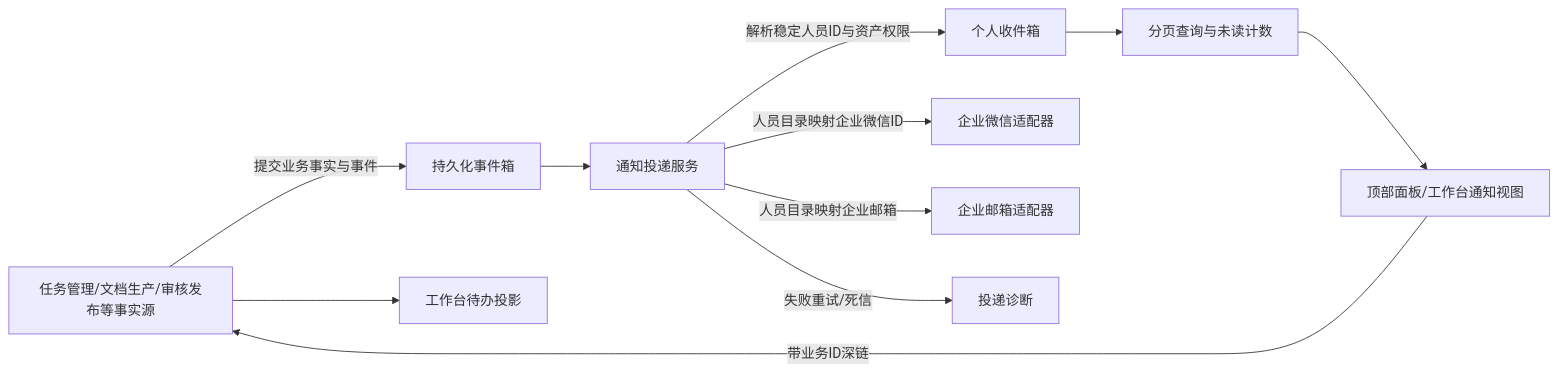
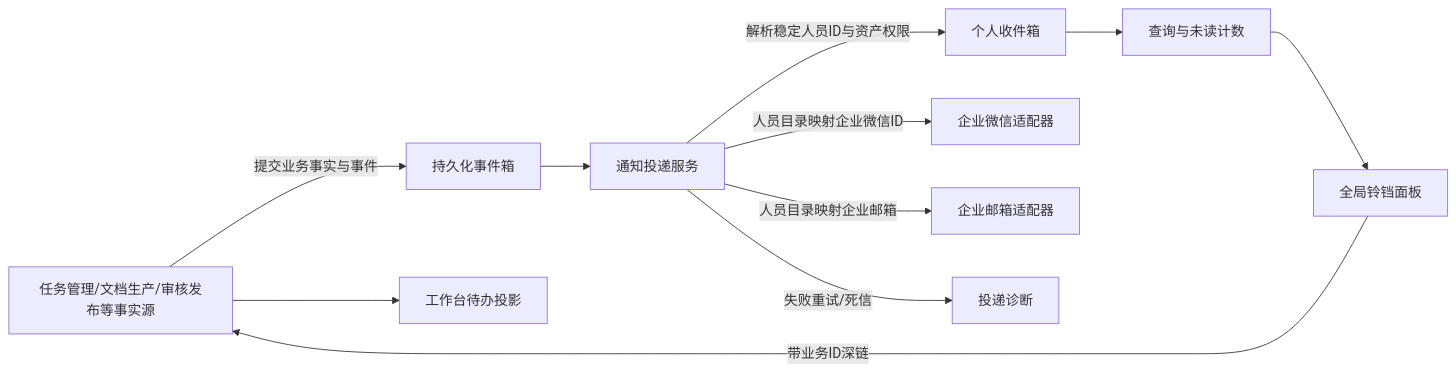
The first of 3 diagrams in .codex/知识中心建设平台/02-概要设计/知识中心-通知中心-业务事件与个人通知-概要设计文档.md (heyyang0210/kb-builder), drawn with Mermaid before and after one commit. The commit also changed other lines of this file and 57 other files, not shown here.

````diff
--- a/.codex/知识中心建设平台/02-概要设计/知识中心-通知中心-业务事件与个人通知-概要设计文档.md
+++ b/.codex/知识中心建设平台/02-概要设计/知识中心-通知中心-业务事件与个人通知-概要设计文档.md
@@ -37,13 +37,13 @@
 ```mermaid
 flowchart LR
   A[任务管理/文档生产/审核发布等事实源] -->|提交业务事实与事件| O[持久化事件箱]
   O --> W[通知投递服务]
   W -->|解析稳定人员ID与资产权限| R[个人收件箱]
   W -->|人员目录映射企业微信ID| WX[企业微信适配器]
   W -->|人员目录映射企业邮箱| EM[企业邮箱适配器]
   W -->|失败重试/死信| D[投递诊断]
-  R --> Q[分页查询与未读计数]
-  Q --> P[顶部面板/工作台通知视图]
+  R --> Q[查询与未读计数]
+  Q --> P[全局铃铛面板]
   P -->|带业务ID深链| A
   A --> T[工作台待办投影]
 ```
````
